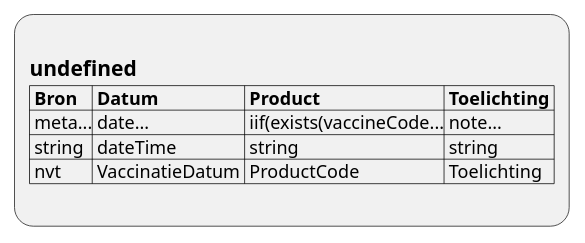
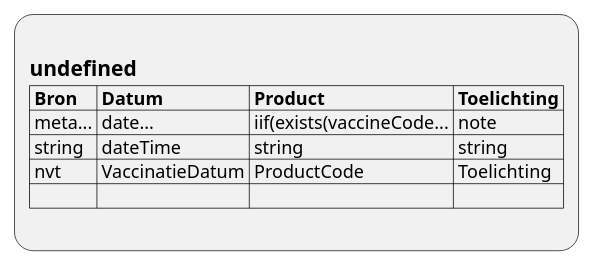
One commit to RIVO-Noord/zorgviewer-ig changed the diagram in input/images-source/ViewDefinition-Immunization.plantuml. Above: the diagram before and after it, drawn with PlantUML. The commit also changed 13 other files, not shown here.

```diff
--- a/input/images-source/ViewDefinition-Immunization.plantuml
+++ b/input/images-source/ViewDefinition-Immunization.plantuml
@@ -1,9 +1,10 @@
 @startuml ViewDefinition-Immunization
 :
 == undefined
 |= Bron |= Datum |= Product |= Toelichting |
-| meta...| date...| iif(exists(vaccineCode...| note...|
+| meta... | date... | iif(exists(vaccineCode... | note |
 | string | dateTime | string | string |
 | nvt | VaccinatieDatum | ProductCode | Toelichting |
+| |
 ;
 @enduml
```
